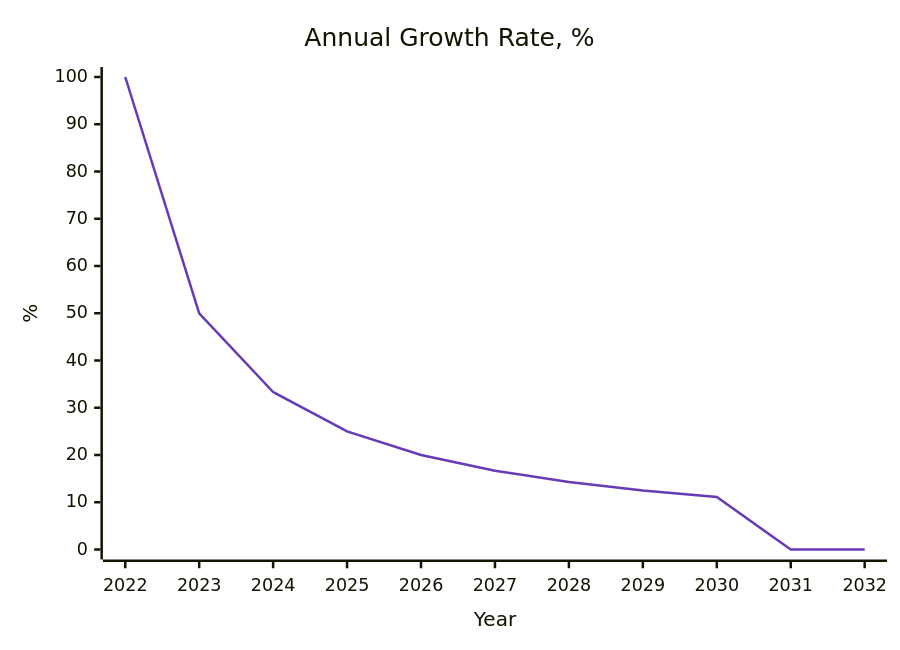
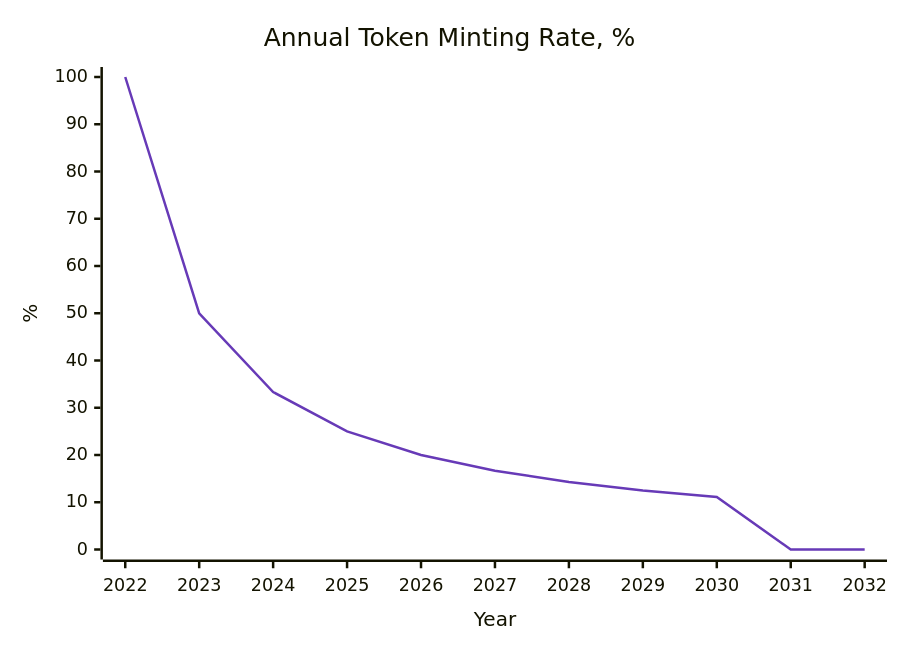
One commit to elimu-ai/web3-wiki changed the third of 4 diagrams in TOKENOMICS.md. Above: the diagram before and after it, drawn with Mermaid. The commit also changed other lines of this file, not shown here.

````diff
--- a/TOKENOMICS.md
+++ b/TOKENOMICS.md
@@ -58,15 +58,15 @@
 ```mermaid
 ---
 config:
     themeVariables:
         fontFamily: "arial"
         xyChart:
             plotColorPalette: "#673AB7"
 ---
 xychart-beta
-    title "Annual Growth Rate, %"
+    title "Annual Token Minting Rate, %"
     x-axis "Year" [2022, 2023, 2024, 2025, 2026, 2027, 2028, 2029, 2030, 2031, 2032]
     y-axis "%" 0 --> 100
     %% #673AB7
     line [100, 50, 33.33, 25, 20, 16.67, 14.29, 12.5, 11.11, 0, 0]
 ```
````
